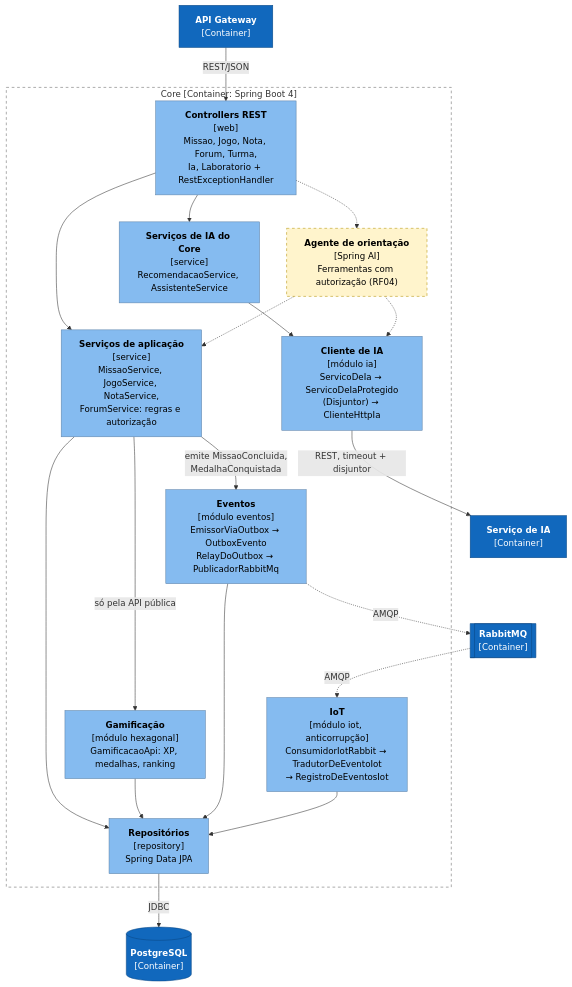
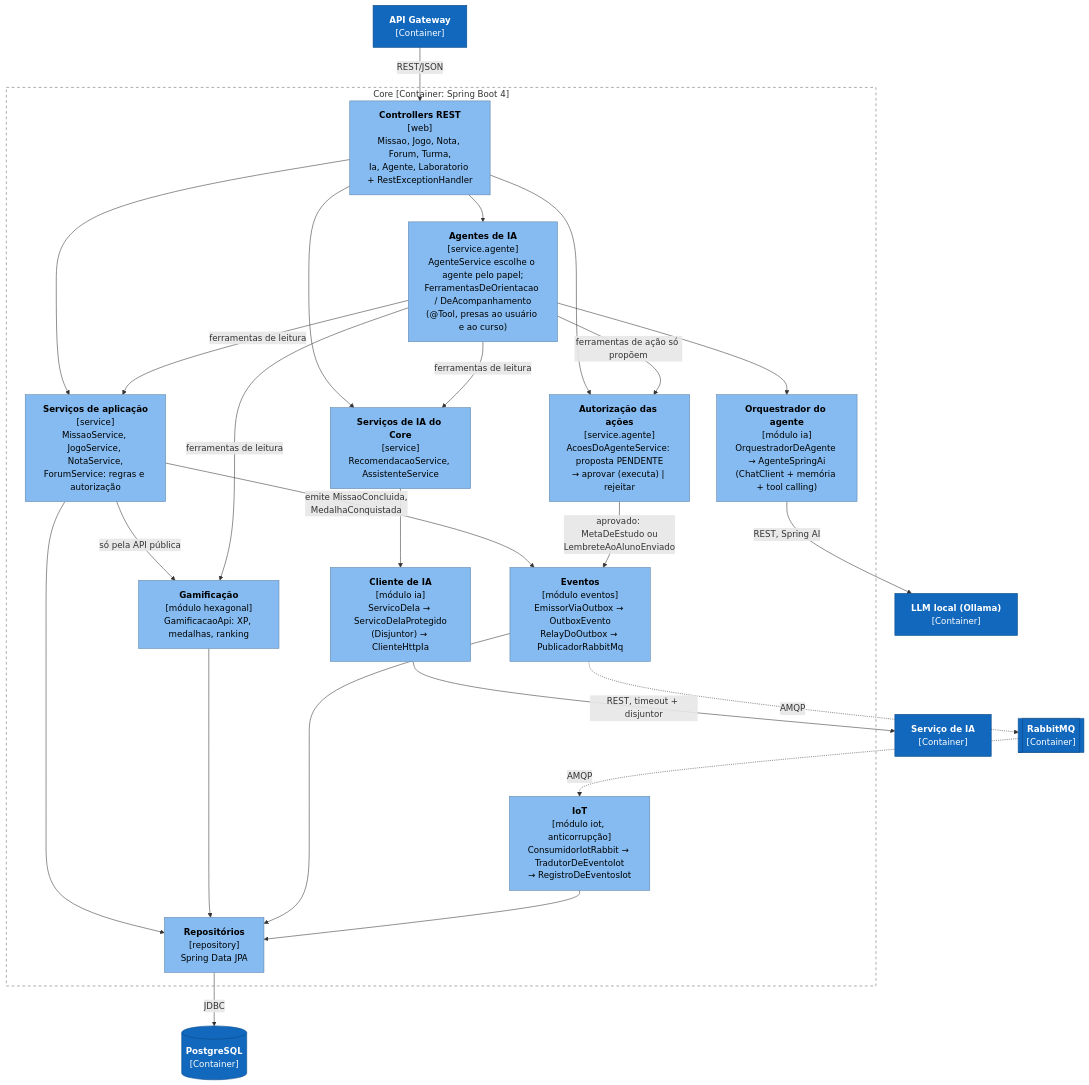
One commit to IHPNULL/gameeducator-backend changed the third of 8 diagrams in README.md. Above: the diagram before and after it, drawn with Mermaid. The commit also changed other lines of this file and 31 other files, not shown here.

First line of the commit message:
feat(rf04): agentes de IA com Spring AI e autorizacao do usuario

````diff
--- a/README.md
+++ b/README.md
@@ -136,37 +135,44 @@
 ```mermaid
 flowchart TB
     gw["<b>API Gateway</b><br/>[Container]"]:::container
     ia["<b>Serviço de IA</b><br/>[Container]"]:::container
     db[("<b>PostgreSQL</b><br/>[Container]")]:::container
     mq[["<b>RabbitMQ</b><br/>[Container]"]]:::container
+    llm["<b>LLM local (Ollama)</b><br/>[Container]"]:::container
 
     subgraph core["Core [Container: Spring Boot 4]"]
-        web["<b>Controllers REST</b><br/>[web]<br/>Missao, Jogo, Nota, Forum, Turma,<br/>Ia, Laboratorio + RestExceptionHandler"]:::componente
+        web["<b>Controllers REST</b><br/>[web]<br/>Missao, Jogo, Nota, Forum, Turma,<br/>Ia, Agente, Laboratorio + RestExceptionHandler"]:::componente
         svc["<b>Serviços de aplicação</b><br/>[service]<br/>MissaoService, JogoService, NotaService,<br/>ForumService: regras e autorização"]:::componente
         iasvc["<b>Serviços de IA do Core</b><br/>[service]<br/>RecomendacaoService, AssistenteService"]:::componente
         gam["<b>Gamificação</b><br/>[módulo hexagonal]<br/>GamificacaoApi: XP, medalhas, ranking"]:::componente
         iaport["<b>Cliente de IA</b><br/>[módulo ia]<br/>ServicoDeIa → ServicoDeIaProtegido<br/>(Disjuntor) → ClienteHttpIa"]:::componente
         evt["<b>Eventos</b><br/>[módulo eventos]<br/>EmissorViaOutbox → OutboxEvento<br/>RelayDoOutbox → PublicadorRabbitMq"]:::componente
         iot["<b>IoT</b><br/>[módulo iot, anticorrupção]<br/>ConsumidorIotRabbit → TradutorDeEventoIot<br/>→ RegistroDeEventosIot"]:::componente
         repo["<b>Repositórios</b><br/>[repository]<br/>Spring Data JPA"]:::componente
-        agente["<b>Agente de orientação</b><br/>[Spring AI]<br/>Ferramentas com autorização (RF04)"]:::planejado
+        agente["<b>Agentes de IA</b><br/>[service.agente]<br/>AgenteService escolhe o agente pelo papel;<br/>FerramentasDeOrientacao / DeAcompanhamento<br/>(@Tool, presas ao usuário e ao curso)"]:::componente
+        acoes["<b>Autorização das ações</b><br/>[service.agente]<br/>AcoesDoAgenteService: proposta PENDENTE<br/>→ aprovar (executa) | rejeitar"]:::componente
+        orq["<b>Orquestrador do agente</b><br/>[módulo ia]<br/>OrquestradorDeAgente → AgenteSpringAi<br/>(ChatClient + memória + tool calling)"]:::componente
     end
 
     gw -->|"REST/JSON"| web
     web --> svc & iasvc
     svc -->|"só pela API pública"| gam
     svc -->|"emite MissaoConcluida,<br/>MedalhaConquistada"| evt
     iasvc --> iaport
     iaport -->|"REST, timeout + disjuntor"| ia
     svc & gam & evt & iot --> repo
     repo -->|"JDBC"| db
     evt -.->|"AMQP"| mq
     mq -.->|"AMQP"| iot
-    web -.-> agente
-    agente -.-> svc & iaport
+    web --> agente & acoes
+    agente -->|"ferramentas de leitura"| svc & iasvc & gam
+    agente -->|"ferramentas de ação só propõem"| acoes
+    agente --> orq
+    orq -->|"REST, Spring AI"| llm
+    acoes -->|"aprovado: MetaDeEstudo ou<br/>LembreteAoAlunoEnviado"| evt
 
     classDef container fill:#1168bd,stroke:#0b4884,color:#fff
     classDef componente fill:#85bbf0,stroke:#5d82a8,color:#000
     classDef planejado fill:#fff4cc,stroke:#b38f00,color:#000,stroke-dasharray:5 5
     style core fill:none,stroke:#666,stroke-dasharray:5 5
 ```
````
